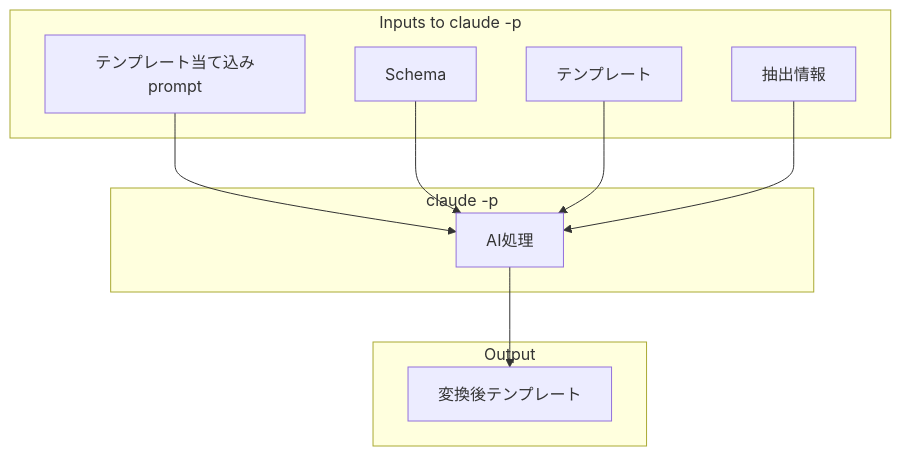
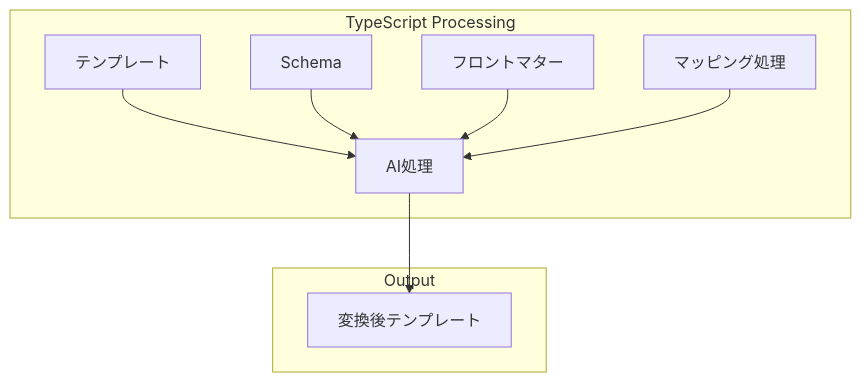
The second of 2 diagrams in docs/domain/architecture/ai-template-generation.md (tettuan/frontmatter-to-schema), drawn with Mermaid before and after one commit. The commit also changed other lines of this file and 18 other files, not shown here.

First line of the commit message:
migrate: Replace Claude Code SDK references with TypeScript processing

````diff
--- a/docs/domain/architecture/ai-template-generation.md
+++ b/docs/domain/architecture/ai-template-generation.md
@@ -462,23 +511,20 @@
 ```mermaid
 graph TD
-    subgraph "Inputs to claude -p"
-        A[テンプレート当て込みprompt]
+    subgraph "TypeScript Processing"
+        A[テンプレート]
         B[Schema]
-        C[テンプレート]
-        D[抽出情報]
-    end
-    
-    subgraph "claude -p"
+        C[フロントマター]
+        D[マッピング処理]
         P[AI処理]
     end
     
     subgraph "Output"
         O[変換後テンプレート]
     end
     
     A --> P
     B --> P
     C --> P
     D --> P
     P --> O
 ```
````
